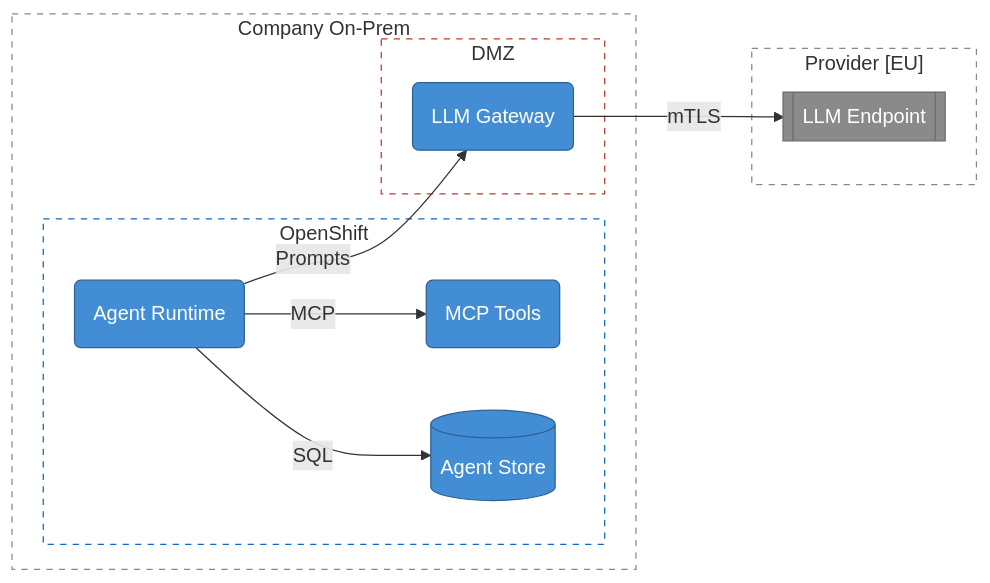
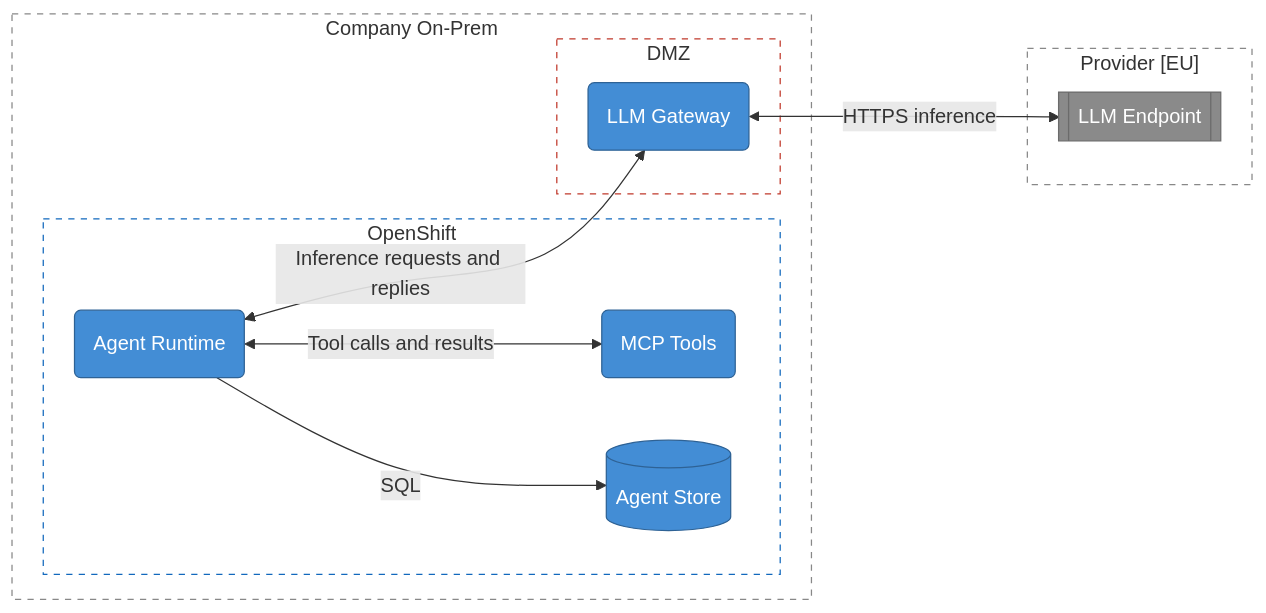
One commit to ghinta/coding-agent changed the fifth of 5 diagrams in remote-inference-agent-on-prem.md. Above: the diagram before and after it, drawn with Mermaid. The commit also changed other lines of this file and 4 other files, not shown here.

````diff
--- a/remote-inference-agent-on-prem.md
+++ b/remote-inference-agent-on-prem.md
@@ -207,34 +240,34 @@
 ```mermaid
 flowchart LR
     subgraph company ["Company On-Prem"]
         subgraph ocp ["OpenShift"]
             runtime("Agent Runtime")
             mcp("MCP Tools")
             store[("Agent Store")]
         end
         subgraph dmz ["DMZ"]
             gw("LLM Gateway")
         end
     end
 
     subgraph prov ["Provider [EU]"]
         llm[["LLM Endpoint"]]
     end
 
-    runtime -->|MCP| mcp
+    runtime <-->|Tool calls and results| mcp
     runtime -->|SQL| store
-    runtime -->|Prompts| gw
-    gw -->|mTLS| llm
+    runtime <-->|Inference requests and replies| gw
+    gw <-->|HTTPS inference| llm
 
     classDef person fill:#08427b,stroke:#052e56,color:#fff
     classDef system fill:#1168bd,stroke:#0b4884,color:#fff
     classDef container fill:#438dd5,stroke:#2e6295,color:#fff
     classDef component fill:#85bbf0,stroke:#5d82a8,color:#000
     classDef ext fill:#8a8a8a,stroke:#6b6b6b,color:#fff
     class runtime,mcp,gw,store container
     class llm ext
     style company fill:none,stroke:#888,stroke-dasharray:5 5
     style ocp fill:none,stroke:#1168bd,stroke-dasharray:5 5
     style dmz fill:none,stroke:#c0392b,stroke-dasharray:5 5
     style prov fill:none,stroke:#888,stroke-dasharray:5 5
 ```
````
